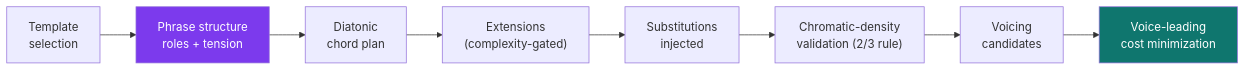
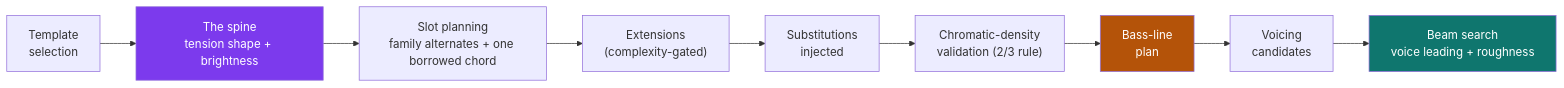
Before and after one commit to TGALLOWAY1/Harmonia: the fourth of 7 diagrams in README.md, drawn with Mermaid. The commit also changed other lines of this file and 27 other files, not shown here.

````diff
--- a/README.md
+++ b/README.md
@@ -321,12 +323,14 @@
 ```mermaid
 flowchart LR
-    T["Template<br/>selection"] --> P["Phrase structure<br/>roles + tension"]
-    P --> D["Diatonic<br/>chord plan"]
-    D --> E["Extensions<br/>(complexity-gated)"]
+    T["Template<br/>selection"] --> P["The spine<br/>tension shape + brightness"]
+    P --> Q["Slot planning<br/>family alternates + one borrowed chord"]
+    Q --> E["Extensions<br/>(complexity-gated)"]
     E --> S["Substitutions<br/>injected"]
     S --> C["Chromatic-density<br/>validation (2/3 rule)"]
-    C --> V["Voicing<br/>candidates"]
-    V --> L["Voice-leading<br/>cost minimization"]
+    C --> B["Bass-line<br/>plan"]
+    B --> V["Voicing<br/>candidates"]
+    V --> L["Beam search<br/>voice leading + roughness"]
     style P fill:#7c3aed,color:#fff
+    style B fill:#b45309,color:#fff
     style L fill:#0f766e,color:#fff
 ```
````
